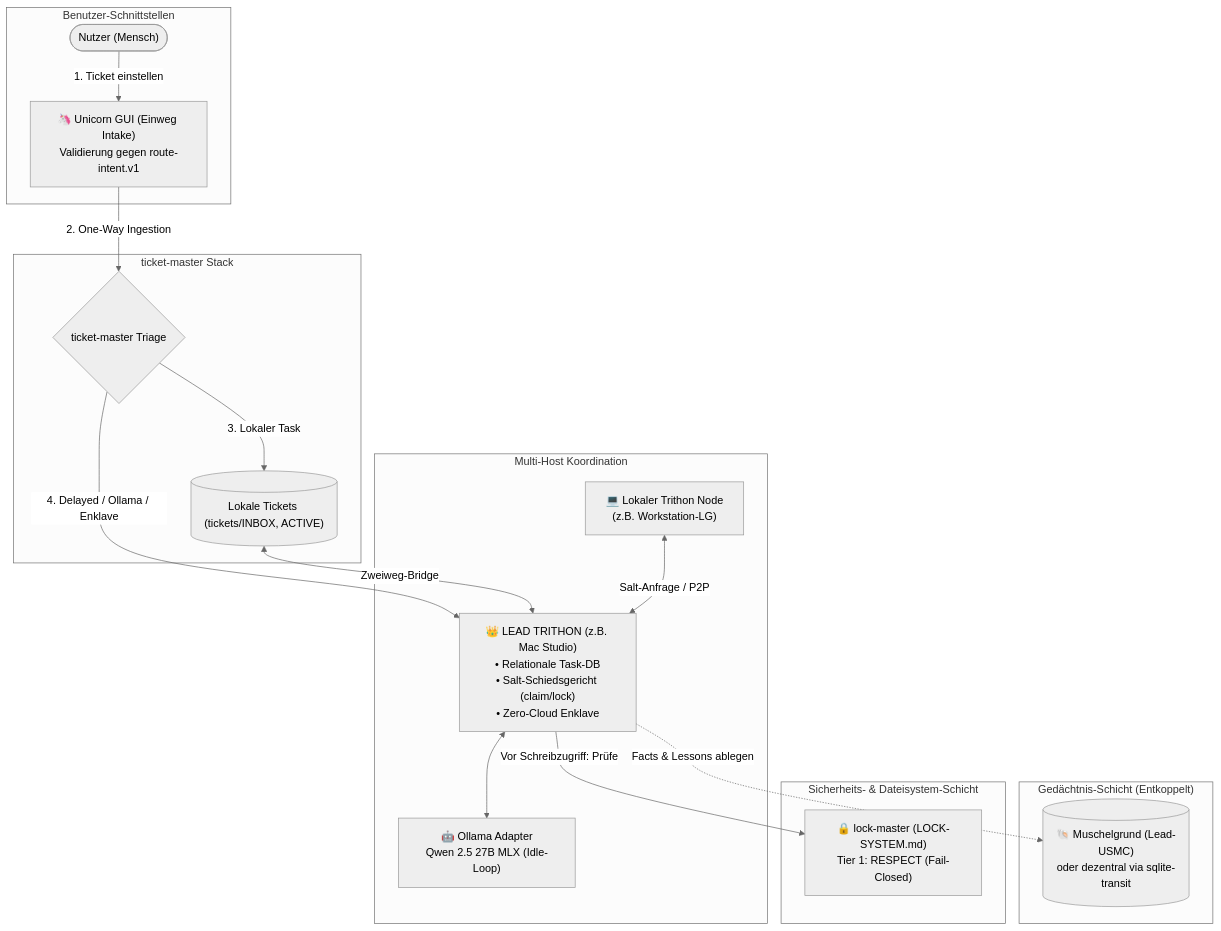
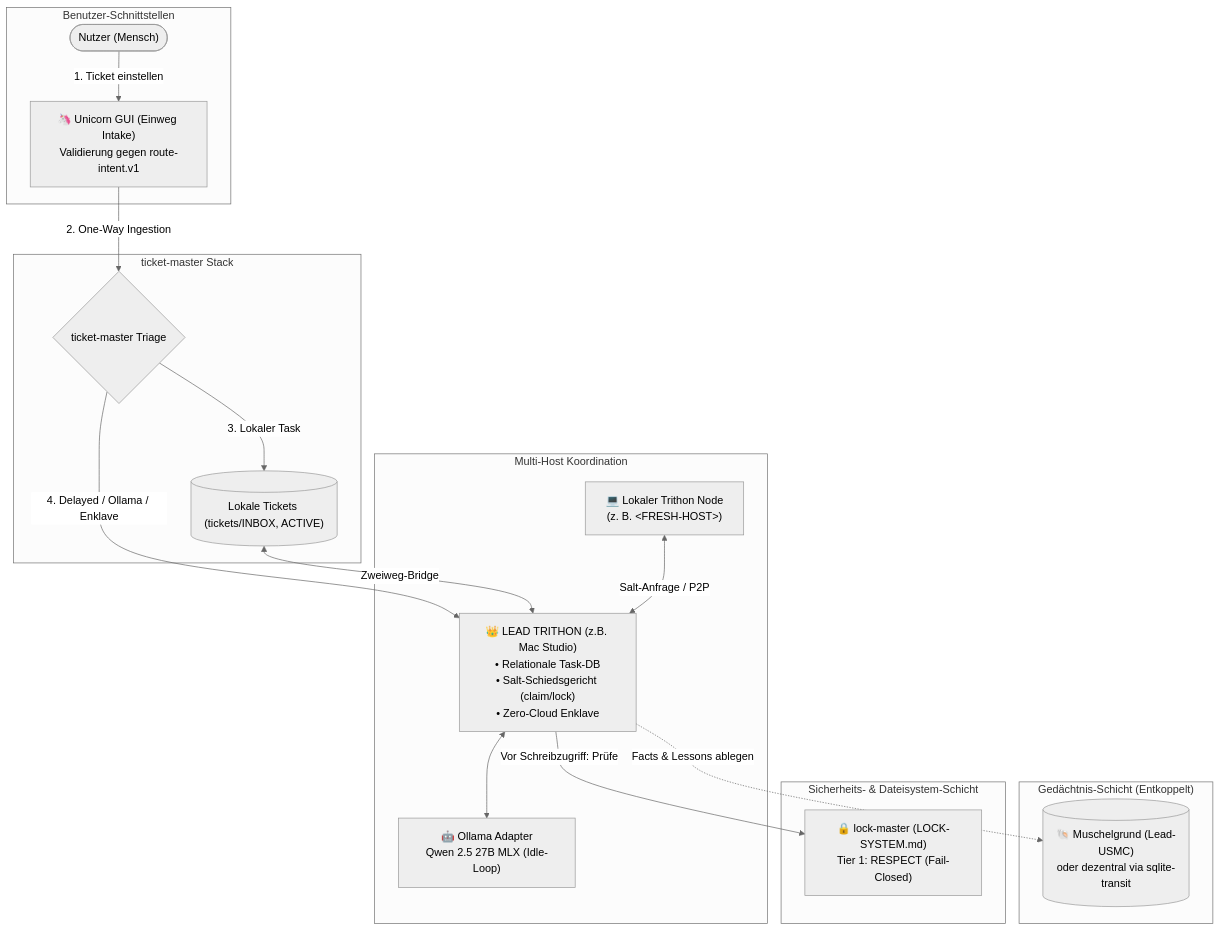
One commit to ellmos-ai/open-ocean changed the diagram in architecture/ARCHITEKTURENTWURF_OCEAN_LEAD_HOST_TRITHON.md. Above: the diagram before and after it, drawn with Mermaid (neutral theme). The commit also changed other lines of this file and 11 other files, not shown here.

````diff
--- a/architecture/ARCHITEKTURENTWURF_OCEAN_LEAD_HOST_TRITHON.md
+++ b/architecture/ARCHITEKTURENTWURF_OCEAN_LEAD_HOST_TRITHON.md
@@ -170,38 +170,38 @@
 ```mermaid
 flowchart TB
     subgraph UserInterface["Benutzer-Schnittstellen"]
         User(["Nutzer (Mensch)"])
         Unicorn["🦄 Unicorn GUI (Einweg Intake)<br/>Validierung gegen route-intent.v1"]
     end
 
     subgraph TicketMasterEcosystem["ticket-master Stack"]
         Triage{"ticket-master Triage"}
         TicketStore[("Lokale Tickets (tickets/INBOX, ACTIVE)")]
     end
 
     subgraph Federation["Multi-Host Koordination"]
         LeadTrithonNode["👑 LEAD TRITHON (z.B. Mac Studio)<br/>• Relationale Task-DB<br/>• Salt-Schiedsgericht (claim/lock)<br/>• Zero-Cloud Enklave"]
         WorkerOllama["🤖 Ollama Adapter<br/>Qwen 2.5 27B MLX (Idle-Loop)"]
-        LocalTrithonNode["💻 Lokaler Trithon Node<br/>(z.B. Workstation-LG)"]
+        LocalTrithonNode["💻 Lokaler Trithon Node<br/>(z. B. &lt;FRESH-HOST&gt;)"]
     end
 
     subgraph MemoryLayer["Gedächtnis-Schicht (Entkoppelt)"]
         MuschelgrundDB[("🐚 Muschelgrund (Lead-USMC)<br/>oder dezentral via sqlite-transit")]
     end
 
     subgraph SafetyLayer["Sicherheits- & Dateisystem-Schicht"]
         LockMaster["🔒 lock-master (LOCK-SYSTEM.md)<br/>Tier 1: RESPECT (Fail-Closed)"]
     end
 
     User -->|1. Ticket einstellen| Unicorn
     Unicorn -->|2. One-Way Ingestion| Triage
     Triage -->|3. Lokaler Task| TicketStore
     Triage -->|4. Delayed / Ollama / Enklave| LeadTrithonNode
     
     TicketStore <-->|Zweiweg-Bridge| LeadTrithonNode
     LeadTrithonNode <--> WorkerOllama
     LocalTrithonNode <-->|Salt-Anfrage / P2P| LeadTrithonNode
     
     LeadTrithonNode -.->|Facts & Lessons ablegen| MuschelgrundDB
     LeadTrithonNode -->|Vor Schreibzugriff: Prüfe| LockMaster
 ```
````
